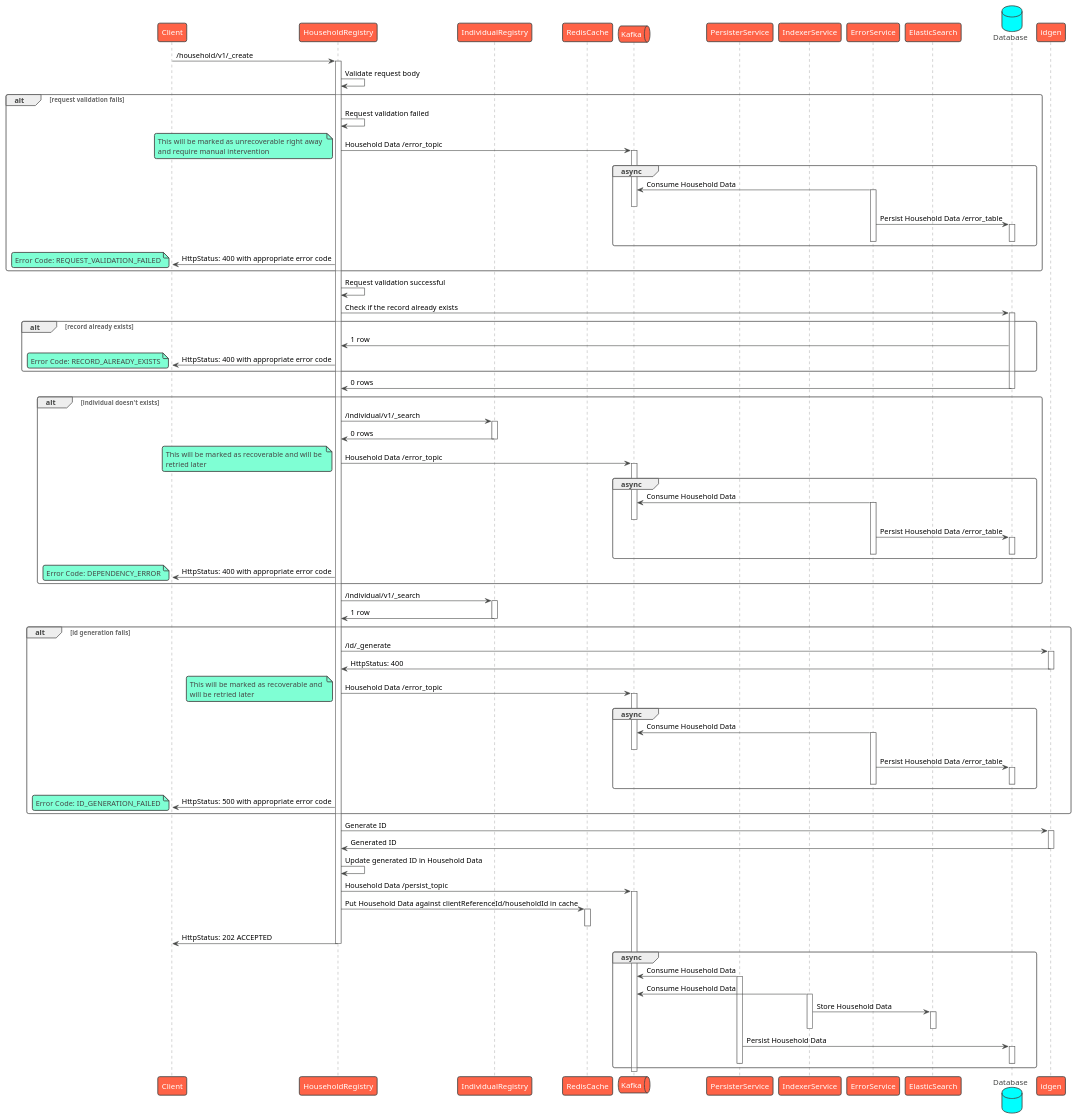
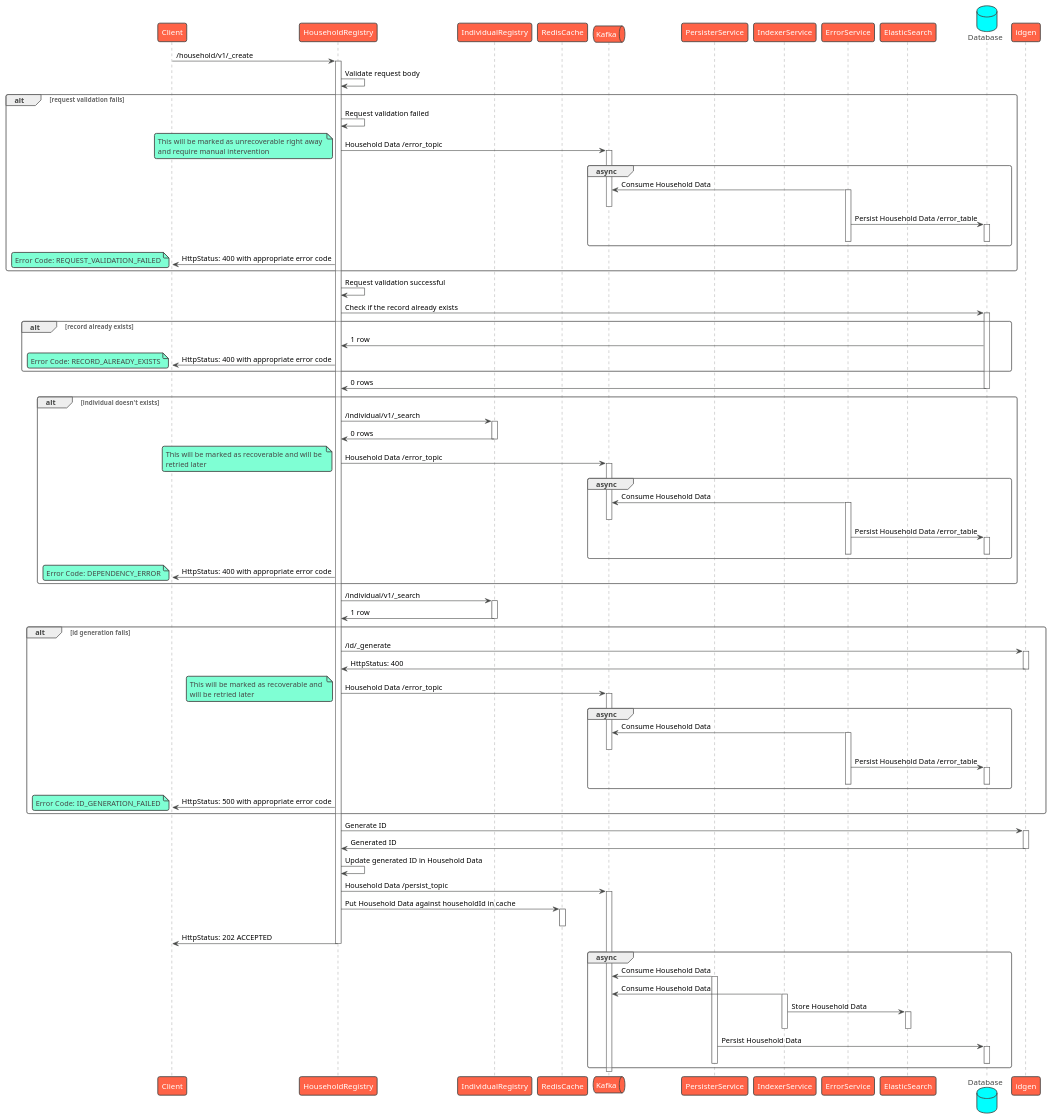
The diagram in contracts/registries/household/sequence/create.puml (egovernments/health-api-specs), drawn with PlantUML before and after one commit. The commit also changed 5 other files, not shown here.

First line of the commit message:
Sequence: Removed clientReferenceId

```diff
--- a/contracts/registries/household/sequence/create.puml
+++ b/contracts/registries/household/sequence/create.puml
@@ -1,131 +1,131 @@
 @startuml Household Registry - Create
 !theme vibrant
 participant Client as c
 participant HouseholdRegistry as hr
 participant IndividualRegistry as ir
 participant RedisCache as rc
 queue Kafka as k
 participant PersisterService as prs
 participant IndexerService as idx
 participant ErrorService as es
 participant ElasticSearch as el
 database Database as db
 c -> hr : /household/v1/_create
 activate hr
 hr -> hr: Validate request body
 alt request validation fails
     hr -> hr: Request validation failed
     hr -> k: Household Data /error_topic
     note left
         This will be marked as unrecoverable right away 
         and require manual intervention
     end note
     activate k
     group async
         es -> k: Consume Household Data
         activate es
         deactivate k
         es -> db: Persist Household Data /error_table
         activate db
         deactivate db
         deactivate es
     end
     hr -> c: HttpStatus: 400 with appropriate error code
     note left
         Error Code: REQUEST_VALIDATION_FAILED
     end note
 end
 hr -> hr: Request validation successful
 hr -> db: Check if the record already exists
 alt record already exists
     activate db
     db -> hr: 1 row
     hr -> c: HttpStatus: 400 with appropriate error code
     note left
         Error Code: RECORD_ALREADY_EXISTS
     end note
 end
 db -> hr: 0 rows
 deactivate db
 alt individual doesn't exists
     hr -> ir: /individual/v1/_search
     activate ir
     ir -> hr: 0 rows
     deactivate ir
     hr -> k: Household Data /error_topic
     note left
         This will be marked as recoverable and will be 
         retried later
     end note
     activate k
     group async
         es -> k: Consume Household Data
         activate es
         deactivate k
         es -> db: Persist Household Data /error_table
         activate db
         deactivate db
         deactivate es
     end
     hr -> c: HttpStatus: 400 with appropriate error code
     note left
         Error Code: DEPENDENCY_ERROR
     end note
 end
 hr -> ir: /individual/v1/_search
 activate ir
 ir -> hr: 1 row
 deactivate ir
 alt id generation fails
     hr -> idgen: /id/_generate
     activate idgen
     idgen -> hr: HttpStatus: 400
     deactivate idgen
     hr -> k: Household Data /error_topic
     note left
         This will be marked as recoverable and 
         will be retried later
     end note
     activate k
     group async
         es -> k: Consume Household Data
         activate es
         deactivate k
         es -> db: Persist Household Data /error_table
         activate db
         deactivate db
         deactivate es
     end
     hr -> c: HttpStatus: 500 with appropriate error code
     note left
       Error Code: ID_GENERATION_FAILED
     end note
 end
 hr -> idgen: Generate ID
 activate idgen
 idgen -> hr: Generated ID
 deactivate idgen
 hr -> hr: Update generated ID in Household Data
 hr -> k: Household Data /persist_topic
 activate k
-hr -> rc: Put Household Data against clientReferenceId/householdId in cache
+hr -> rc: Put Household Data against householdId in cache
 activate rc
 deactivate rc
 hr -> c: HttpStatus: 202 ACCEPTED
 deactivate hr
 group async
     prs -> k: Consume Household Data
     activate prs
     idx -> k: Consume Household Data
     activate idx
     idx -> el: Store Household Data
     activate el
     deactivate el
     deactivate idx
     prs -> db: Persist Household Data
     activate db
     deactivate db
     deactivate prs
 end
 deactivate k
 @enduml
```
